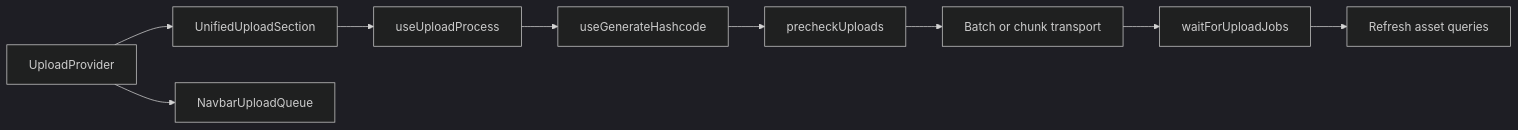
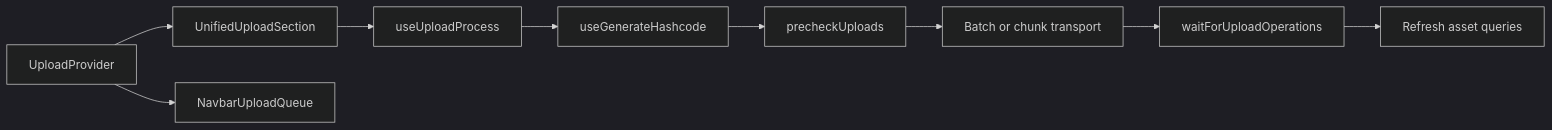
The diagram in web/src/features/upload/doc.md (EdwinZhanCN/Lumilio-Photos), drawn with Mermaid (dark theme) before and after one commit. The commit also changed other lines of this file and 942 other files, not shown here.

````diff
--- a/web/src/features/upload/doc.md
+++ b/web/src/features/upload/doc.md
@@ -26,11 +26,11 @@
 ```mermaid
 flowchart LR
     PROVIDER["UploadProvider"] --> QUEUE["UnifiedUploadSection"]
     PROVIDER --> NAV["NavbarUploadQueue"]
     QUEUE --> PROCESS["useUploadProcess"]
     PROCESS --> HASH["useGenerateHashcode"]
     HASH --> PRECHECK["precheckUploads"]
     PRECHECK --> TRANSPORT["Batch or chunk transport"]
-    TRANSPORT --> JOBS["waitForUploadJobs"]
+    TRANSPORT --> JOBS["waitForUploadOperations"]
     JOBS --> REFRESH["Refresh asset queries"]
 ```
````
